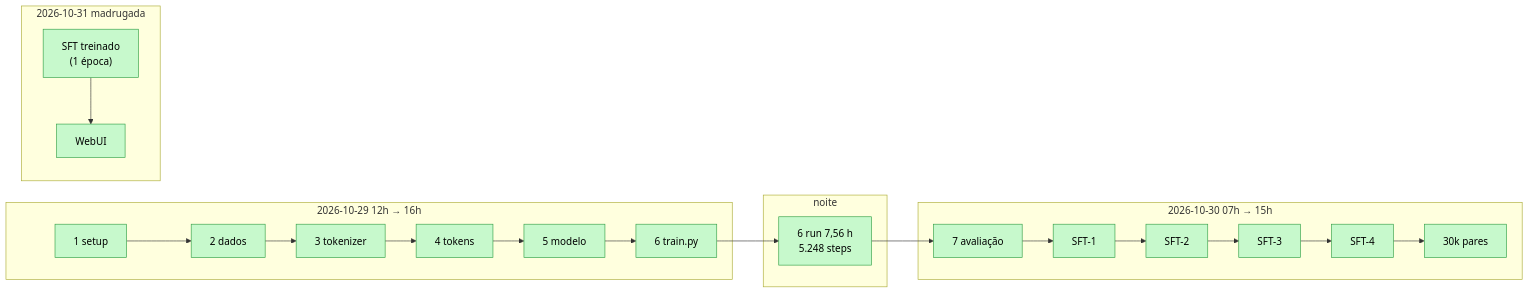
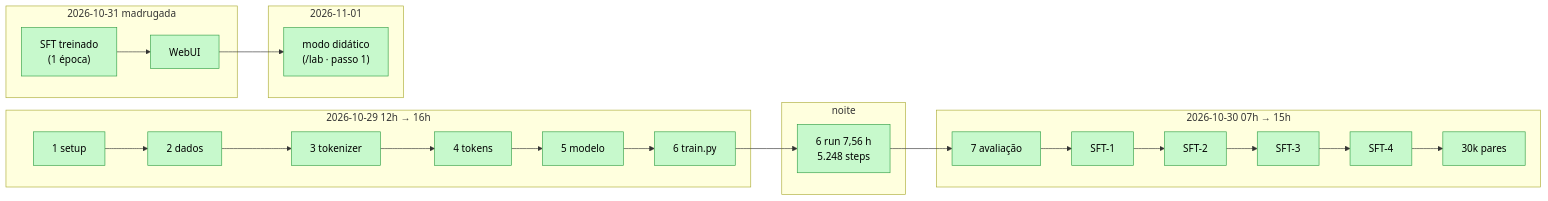
One commit to marcelogsouza/pingo changed the diagram in docs/00-projeto/Linha do tempo.md. Above: the diagram before and after it, drawn with Mermaid. The commit also changed other lines of this file and 8 other files, not shown here.

First line of the commit message:
docs: nota "Modo didático" + estado (140 testes, /lab, sem GPU)

````diff
--- a/docs/00-projeto/Linha do tempo.md
+++ b/docs/00-projeto/Linha do tempo.md
@@ -76,20 +89,24 @@
 ```mermaid
 flowchart LR
     subgraph "2026-10-29 12h → 16h"
         p1["1 setup"] --> p2["2 dados"] --> p3["3 tokenizer"] --> p4["4 tokens"] --> p5["5 modelo"] --> p6a["6 train.py"]
     end
     subgraph "noite"
         p6b["6 run 7,56 h<br/>5.248 steps"]
     end
     subgraph "2026-10-30 07h → 15h"
         p7["7 avaliação"] --> sft1["SFT-1"] --> sft2["SFT-2"] --> sft3["SFT-3"] --> sft4["SFT-4"] --> ds["30k pares"]
     end
     subgraph "2026-10-31 madrugada"
         sft5["SFT treinado<br/>(1 época)"] --> wui["WebUI"]
     end
+    subgraph "2026-11-01"
+        lab["modo didático<br/>(/lab · passo 1)"]
+    end
     p6a --> p6b --> p7
+    wui --> lab
 
     classDef feito fill:#c7f9cc,stroke:#2f9e44,color:#000
     classDef rodando fill:#fff3bf,stroke:#f08c00,color:#000
-    class p1,p2,p3,p4,p5,p6a,p6b,p7,sft1,sft2,sft3,sft4,ds,sft5,wui feito
+    class p1,p2,p3,p4,p5,p6a,p6b,p7,sft1,sft2,sft3,sft4,ds,sft5,wui,lab feito
 ```
````
